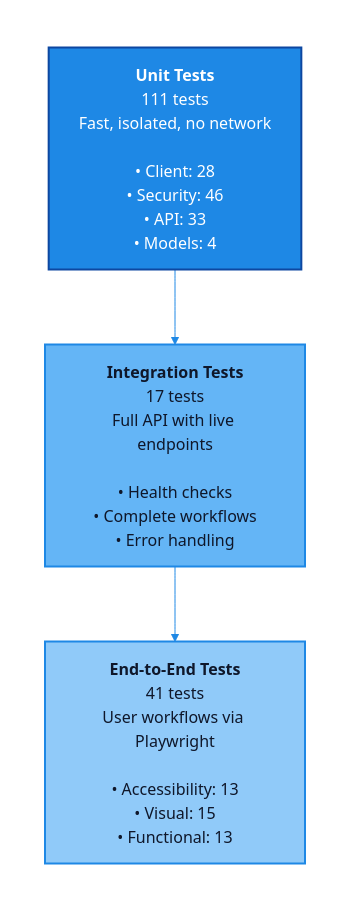
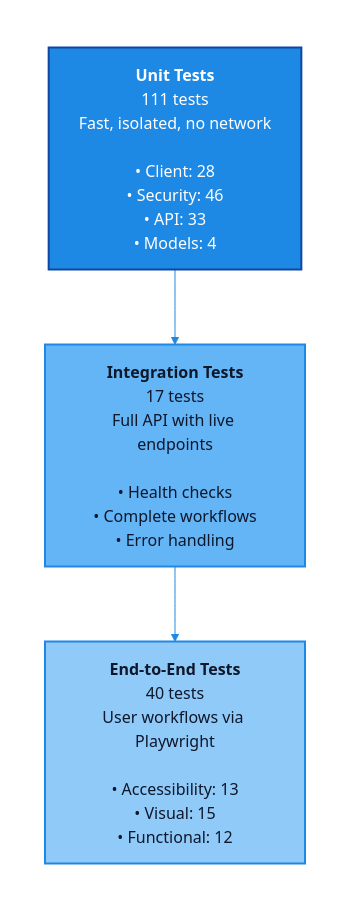
One commit to jim-wyatt/msn-weather-wrapper changed the diagram in docs/TESTING.md. Above: the diagram before and after it, drawn with Mermaid. The commit also changed other lines of this file and 7 other files, not shown here.

````diff
--- a/docs/TESTING.md
+++ b/docs/TESTING.md
@@ -7,21 +7,21 @@
 ```mermaid
 %%{init: {'theme': 'base', 'themeVariables': {'primaryColor': '#E3F2FD', 'primaryTextColor': '#0F172A', 'primaryBorderColor': '#1E88E5', 'lineColor': '#1E88E5', 'secondaryColor': '#BBDEFB', 'tertiaryColor': '#90CAF9', 'edgeLabelBackground': '#E3F2FD'}}}%%
 graph TB
     subgraph Pyramid[" "]
         direction TB
 
         U["<b>Unit Tests</b><br/>111 tests<br/>Fast, isolated, no network<br/><br/>• Client: 28<br/>• Security: 46<br/>• API: 33<br/>• Models: 4"]
 
         I["<b>Integration Tests</b><br/>17 tests<br/>Full API with live endpoints<br/><br/>• Health checks<br/>• Complete workflows<br/>• Error handling"]
 
-        E["<b>End-to-End Tests</b><br/>41 tests<br/>User workflows via Playwright<br/><br/>• Accessibility: 13<br/>• Visual: 15<br/>• Functional: 13"]
+        E["<b>End-to-End Tests</b><br/>40 tests<br/>User workflows via Playwright<br/><br/>• Accessibility: 13<br/>• Visual: 15<br/>• Functional: 12"]
 
         U --> I --> E
     end
 
     %% Muted blues to align with site palette
     style U fill:#1E88E5,color:#fff,stroke:#0D47A1,stroke-width:2px,padding:20px
     style I fill:#64B5F6,color:#0F172A,stroke:#1E88E5,stroke-width:2px,padding:20px
     style E fill:#90CAF9,color:#0F172A,stroke:#1E88E5,stroke-width:2px,padding:20px
     style Pyramid fill:none,stroke:none
 ```
````
